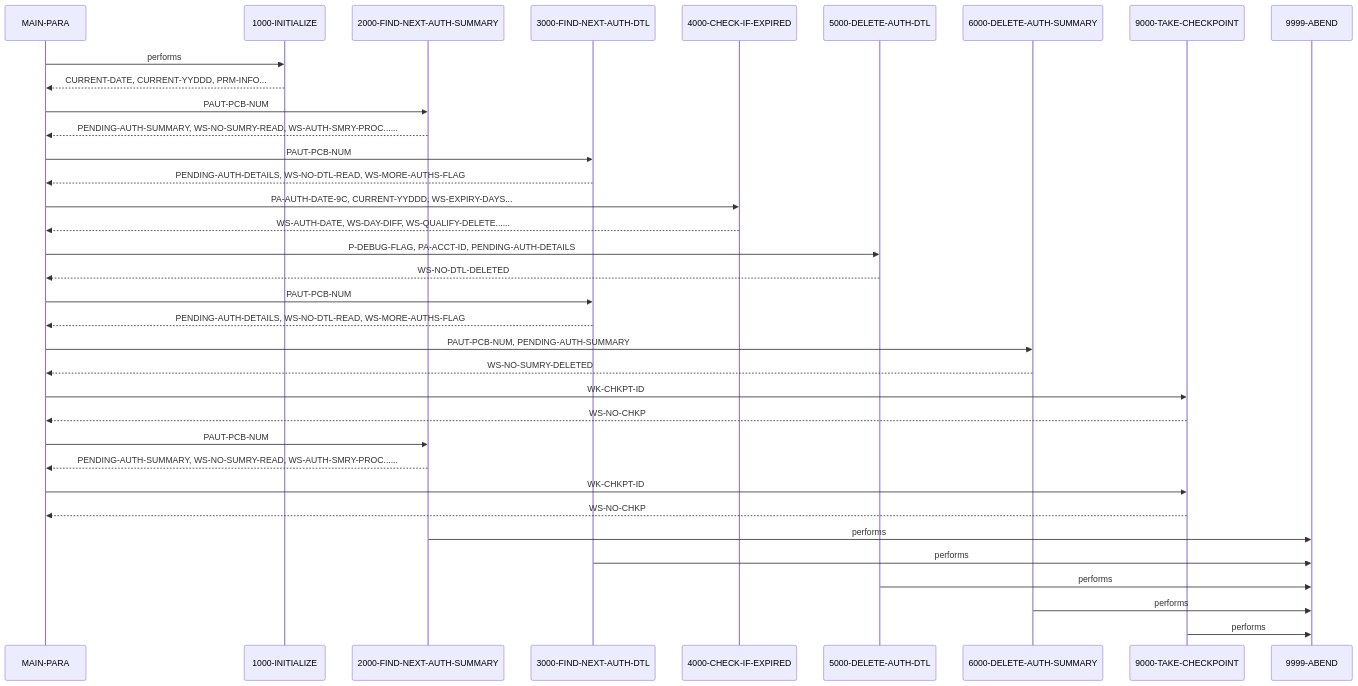
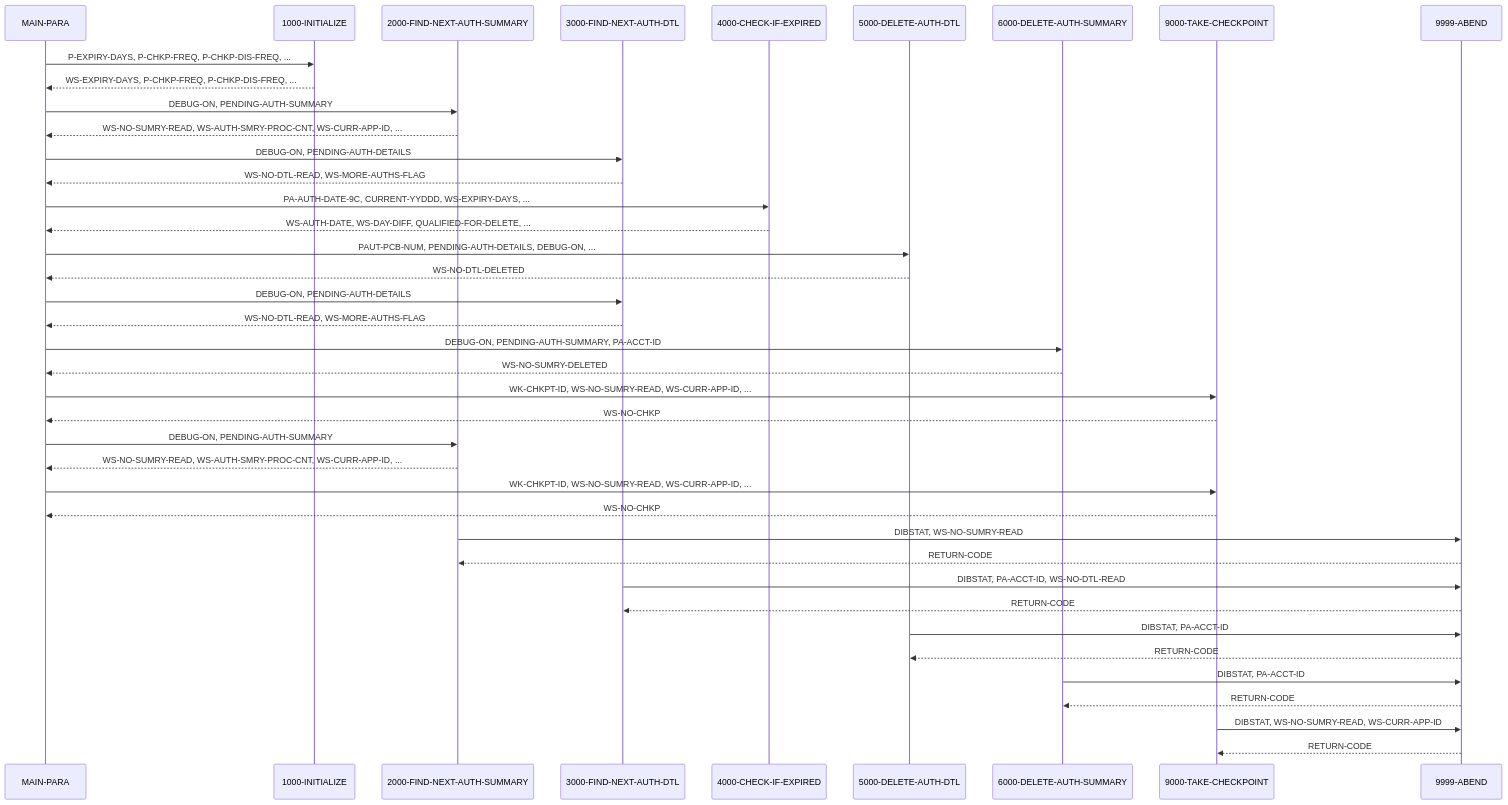
Before and after one commit to andrasfe/war_rig: the second of 2 diagrams in example_output/documentation/cbl/CBPAUP0C.cbl.md, drawn with Mermaid. The commit also changed other lines of this file and 171 other files, not shown here.

````diff
--- a/example_output/documentation/cbl/CBPAUP0C.cbl.md
+++ b/example_output/documentation/cbl/CBPAUP0C.cbl.md
@@ -240,28 +107,33 @@
 ```mermaid
 sequenceDiagram
-    MAIN-PARA->>1000-INITIALIZE: performs
-    1000-INITIALIZE-->>MAIN-PARA: CURRENT-DATE, CURRENT-YYDDD, PRM-INFO...
-    MAIN-PARA->>2000-FIND-NEXT-AUTH-SUMMARY: PAUT-PCB-NUM
-    2000-FIND-NEXT-AUTH-SUMMARY-->>MAIN-PARA: PENDING-AUTH-SUMMARY, WS-NO-SUMRY-READ, WS-AUTH-SMRY-PROC......
-    MAIN-PARA->>3000-FIND-NEXT-AUTH-DTL: PAUT-PCB-NUM
-    3000-FIND-NEXT-AUTH-DTL-->>MAIN-PARA: PENDING-AUTH-DETAILS, WS-NO-DTL-READ, WS-MORE-AUTHS-FLAG
-    MAIN-PARA->>4000-CHECK-IF-EXPIRED: PA-AUTH-DATE-9C, CURRENT-YYDDD, WS-EXPIRY-DAYS...
-    4000-CHECK-IF-EXPIRED-->>MAIN-PARA: WS-AUTH-DATE, WS-DAY-DIFF, WS-QUALIFY-DELETE......
-    MAIN-PARA->>5000-DELETE-AUTH-DTL: P-DEBUG-FLAG, PA-ACCT-ID, PENDING-AUTH-DETAILS
+    MAIN-PARA->>1000-INITIALIZE: P-EXPIRY-DAYS, P-CHKP-FREQ, P-CHKP-DIS-FREQ, ...
+    1000-INITIALIZE-->>MAIN-PARA: WS-EXPIRY-DAYS, P-CHKP-FREQ, P-CHKP-DIS-FREQ, ...
+    MAIN-PARA->>2000-FIND-NEXT-AUTH-SUMMARY: DEBUG-ON, PENDING-AUTH-SUMMARY
+    2000-FIND-NEXT-AUTH-SUMMARY-->>MAIN-PARA: WS-NO-SUMRY-READ, WS-AUTH-SMRY-PROC-CNT, WS-CURR-APP-ID, ...
+    MAIN-PARA->>3000-FIND-NEXT-AUTH-DTL: DEBUG-ON, PENDING-AUTH-DETAILS
+    3000-FIND-NEXT-AUTH-DTL-->>MAIN-PARA: WS-NO-DTL-READ, WS-MORE-AUTHS-FLAG
+    MAIN-PARA->>4000-CHECK-IF-EXPIRED: PA-AUTH-DATE-9C, CURRENT-YYDDD, WS-EXPIRY-DAYS, ...
+    4000-CHECK-IF-EXPIRED-->>MAIN-PARA: WS-AUTH-DATE, WS-DAY-DIFF, QUALIFIED-FOR-DELETE, ...
+    MAIN-PARA->>5000-DELETE-AUTH-DTL: PAUT-PCB-NUM, PENDING-AUTH-DETAILS, DEBUG-ON, ...
     5000-DELETE-AUTH-DTL-->>MAIN-PARA: WS-NO-DTL-DELETED
-    MAIN-PARA->>3000-FIND-NEXT-AUTH-DTL: PAUT-PCB-NUM
-    3000-FIND-NEXT-AUTH-DTL-->>MAIN-PARA: PENDING-AUTH-DETAILS, WS-NO-DTL-READ, WS-MORE-AUTHS-FLAG
-    MAIN-PARA->>6000-DELETE-AUTH-SUMMARY: PAUT-PCB-NUM, PENDING-AUTH-SUMMARY
+    MAIN-PARA->>3000-FIND-NEXT-AUTH-DTL: DEBUG-ON, PENDING-AUTH-DETAILS
+    3000-FIND-NEXT-AUTH-DTL-->>MAIN-PARA: WS-NO-DTL-READ, WS-MORE-AUTHS-FLAG
+    MAIN-PARA->>6000-DELETE-AUTH-SUMMARY: DEBUG-ON, PENDING-AUTH-SUMMARY, PA-ACCT-ID
     6000-DELETE-AUTH-SUMMARY-->>MAIN-PARA: WS-NO-SUMRY-DELETED
-    MAIN-PARA->>9000-TAKE-CHECKPOINT: WK-CHKPT-ID
+    MAIN-PARA->>9000-TAKE-CHECKPOINT: WK-CHKPT-ID, WS-NO-SUMRY-READ, WS-CURR-APP-ID, ...
     9000-TAKE-CHECKPOINT-->>MAIN-PARA: WS-NO-CHKP
-    MAIN-PARA->>2000-FIND-NEXT-AUTH-SUMMARY: PAUT-PCB-NUM
-    2000-FIND-NEXT-AUTH-SUMMARY-->>MAIN-PARA: PENDING-AUTH-SUMMARY, WS-NO-SUMRY-READ, WS-AUTH-SMRY-PROC......
-    MAIN-PARA->>9000-TAKE-CHECKPOINT: WK-CHKPT-ID
+    MAIN-PARA->>2000-FIND-NEXT-AUTH-SUMMARY: DEBUG-ON, PENDING-AUTH-SUMMARY
+    2000-FIND-NEXT-AUTH-SUMMARY-->>MAIN-PARA: WS-NO-SUMRY-READ, WS-AUTH-SMRY-PROC-CNT, WS-CURR-APP-ID, ...
+    MAIN-PARA->>9000-TAKE-CHECKPOINT: WK-CHKPT-ID, WS-NO-SUMRY-READ, WS-CURR-APP-ID, ...
     9000-TAKE-CHECKPOINT-->>MAIN-PARA: WS-NO-CHKP
-    2000-FIND-NEXT-AUTH-SUMMARY->>9999-ABEND: performs
-    3000-FIND-NEXT-AUTH-DTL->>9999-ABEND: performs
-    5000-DELETE-AUTH-DTL->>9999-ABEND: performs
-    6000-DELETE-AUTH-SUMMARY->>9999-ABEND: performs
-    9000-TAKE-CHECKPOINT->>9999-ABEND: performs
+    2000-FIND-NEXT-AUTH-SUMMARY->>9999-ABEND: DIBSTAT, WS-NO-SUMRY-READ
+    9999-ABEND-->>2000-FIND-NEXT-AUTH-SUMMARY: RETURN-CODE
+    3000-FIND-NEXT-AUTH-DTL->>9999-ABEND: DIBSTAT, PA-ACCT-ID, WS-NO-DTL-READ
+    9999-ABEND-->>3000-FIND-NEXT-AUTH-DTL: RETURN-CODE
+    5000-DELETE-AUTH-DTL->>9999-ABEND: DIBSTAT, PA-ACCT-ID
+    9999-ABEND-->>5000-DELETE-AUTH-DTL: RETURN-CODE
+    6000-DELETE-AUTH-SUMMARY->>9999-ABEND: DIBSTAT, PA-ACCT-ID
+    9999-ABEND-->>6000-DELETE-AUTH-SUMMARY: RETURN-CODE
+    9000-TAKE-CHECKPOINT->>9999-ABEND: DIBSTAT, WS-NO-SUMRY-READ, WS-CURR-APP-ID
+    9999-ABEND-->>9000-TAKE-CHECKPOINT: RETURN-CODE
 ```
````
